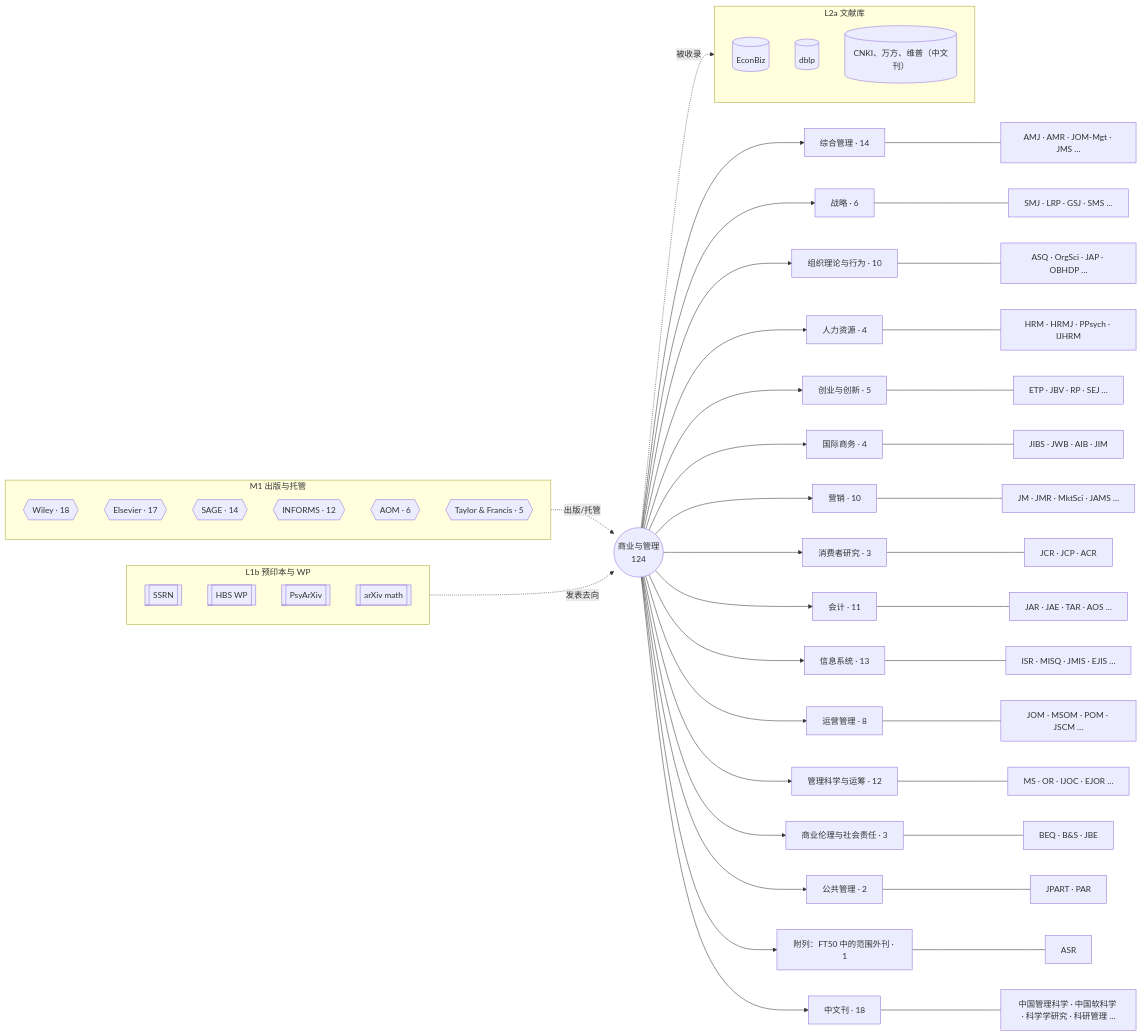
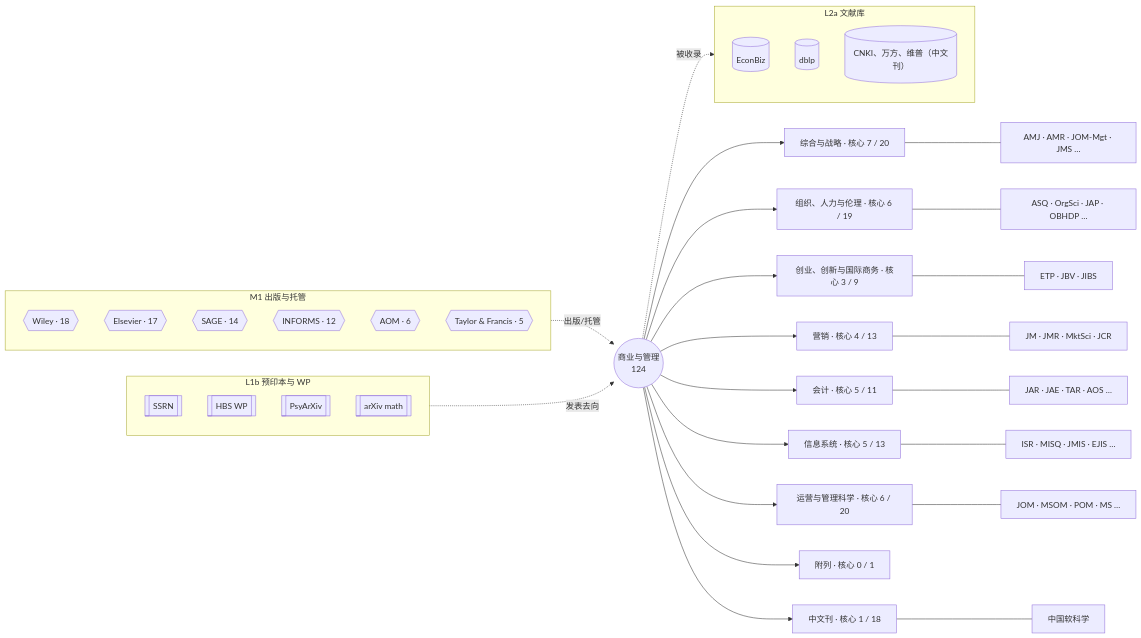
Before and after one commit to yhyfhgs/Confluo: the diagram in docs/catalog/venues/business-management.md, drawn with Mermaid. The commit also changed other lines of this file and 21 other files, not shown here.

````diff
--- a/docs/catalog/venues/business-management.md
+++ b/docs/catalog/venues/business-management.md
@@ -14,58 +14,43 @@
 ```mermaid
 flowchart LR
   D(("商业与管理<br/>124"))
-  D --> S0["综合管理 · 14"]
+  D --> S0["综合与战略 · 核心 7 / 20"]
   S0 --- V0["AMJ · AMR · JOM-Mgt · JMS …"]
-  D --> S1["战略 · 6"]
-  S1 --- V1["SMJ · LRP · GSJ · SMS …"]
-  D --> S2["组织理论与行为 · 10"]
-  S2 --- V2["ASQ · OrgSci · JAP · OBHDP …"]
-  D --> S3["人力资源 · 4"]
-  S3 --- V3["HRM · HRMJ · PPsych · IJHRM"]
-  D --> S4["创业与创新 · 5"]
-  S4 --- V4["ETP · JBV · RP · SEJ …"]
-  D --> S5["国际商务 · 4"]
-  S5 --- V5["JIBS · JWB · AIB · JIM"]
-  D --> S6["营销 · 10"]
-  S6 --- V6["JM · JMR · MktSci · JAMS …"]
-  D --> S7["消费者研究 · 3"]
-  S7 --- V7["JCR · JCP · ACR"]
-  D --> S8["会计 · 11"]
-  S8 --- V8["JAR · JAE · TAR · AOS …"]
-  D --> S9["信息系统 · 13"]
-  S9 --- V9["ISR · MISQ · JMIS · EJIS …"]
-  D --> S10["运营管理 · 8"]
-  S10 --- V10["JOM · MSOM · POM · JSCM …"]
-  D --> S11["管理科学与运筹 · 12"]
-  S11 --- V11["MS · OR · IJOC · EJOR …"]
-  D --> S12["商业伦理与社会责任 · 3"]
-  S12 --- V12["BEQ · B&S · JBE"]
-  D --> S13["公共管理 · 2"]
-  S13 --- V13["JPART · PAR"]
-  D --> S14["附列：FT50 中的范围外刊 · 1"]
-  S14 --- V14["ASR"]
-  D --> SCN["中文刊 · 18"]
-  SCN --- VCN["中国管理科学 · 中国软科学 · 科学学研究 · 科研管理 …"]
+  D --> S1["组织、人力与伦理 · 核心 6 / 19"]
+  S1 --- V1["ASQ · OrgSci · JAP · OBHDP …"]
+  D --> S2["创业、创新与国际商务 · 核心 3 / 9"]
+  S2 --- V2["ETP · JBV · JIBS"]
+  D --> S3["营销 · 核心 4 / 13"]
+  S3 --- V3["JM · JMR · MktSci · JCR"]
+  D --> S4["会计 · 核心 5 / 11"]
+  S4 --- V4["JAR · JAE · TAR · AOS …"]
+  D --> S5["信息系统 · 核心 5 / 13"]
+  S5 --- V5["ISR · MISQ · JMIS · EJIS …"]
+  D --> S6["运营与管理科学 · 核心 6 / 20"]
+  S6 --- V6["JOM · MSOM · POM · MS …"]
+  D --> S7["附列 · 核心 0 / 1"]
+  D --> SCN["中文刊 · 核心 1 / 18"]
+  SCN --- VCN["中国软科学"]
   subgraph M1["M1 出版与托管"]
     P0{{"Wiley · 18"}}
     P1{{"Elsevier · 17"}}
     P2{{"SAGE · 14"}}
     P3{{"INFORMS · 12"}}
     P4{{"AOM · 6"}}
     P5{{"Taylor & Francis · 5"}}
   end
   M1 -. 出版/托管 .-> D
   subgraph L2A["L2a 文献库"]
     A0[("EconBiz")]
     A1[("dblp")]
     A2[("CNKI、万方、维普（中文刊）")]
   end
   D -. 被收录 .-> L2A
   subgraph L1B["L1b 预印本与 WP"]
     B0[["SSRN"]]
     B1[["HBS WP"]]
     B2[["PsyArXiv"]]
     B3[["arXiv math"]]
   end
   L1B -. 发表去向 .-> D
 ```
````
